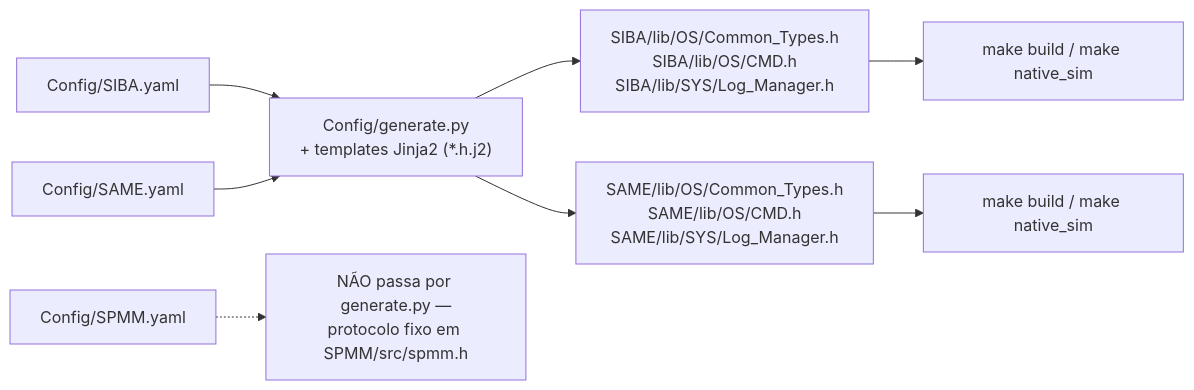
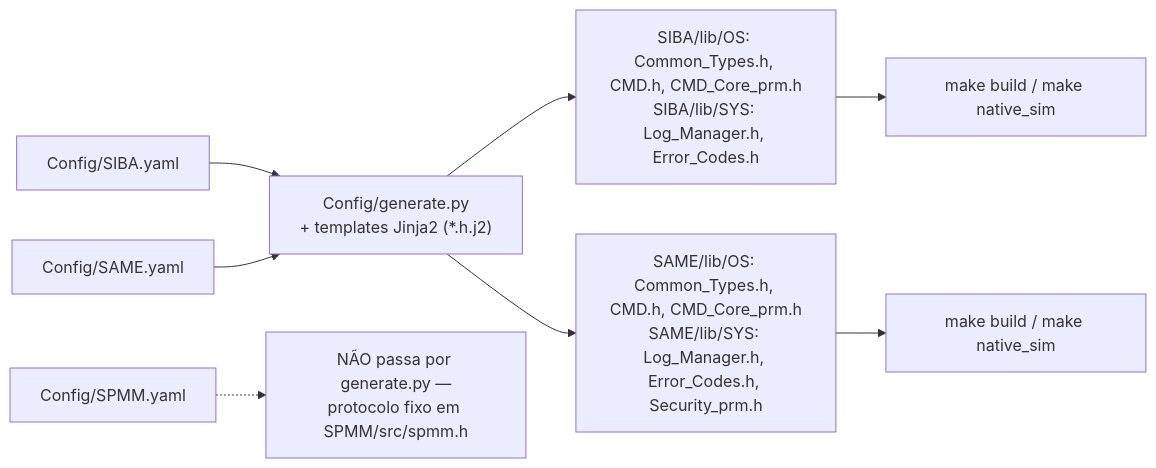
The second of 6 diagrams in Codigos/README.md (vitordallolivo/TCC), drawn with Mermaid before and after one commit. The commit also changed other lines of this file and 9 other files, not shown here.

````diff
--- a/Codigos/README.md
+++ b/Codigos/README.md
@@ -76,11 +81,11 @@
 ```mermaid
 flowchart LR
     y1["Config/SIBA.yaml"] --> gen["Config/generate.py<br/>+ templates Jinja2 (*.h.j2)"]
     y2["Config/SAME.yaml"] --> gen
-    gen --> h1["SIBA/lib/OS/Common_Types.h<br/>SIBA/lib/OS/CMD.h<br/>SIBA/lib/SYS/Log_Manager.h"]
-    gen --> h2["SAME/lib/OS/Common_Types.h<br/>SAME/lib/OS/CMD.h<br/>SAME/lib/SYS/Log_Manager.h"]
+    gen --> h1["SIBA/lib/OS: Common_Types.h, CMD.h, CMD_Core_prm.h<br/>SIBA/lib/SYS: Log_Manager.h, Error_Codes.h"]
+    gen --> h2["SAME/lib/OS: Common_Types.h, CMD.h, CMD_Core_prm.h<br/>SAME/lib/SYS: Log_Manager.h, Error_Codes.h, Security_prm.h"]
     h1 --> SIBAbuild["make build / make native_sim"]
     h2 --> SAMEbuild["make build / make native_sim"]
 
     y3["Config/SPMM.yaml"] -.-> note["NÃO passa por generate.py —<br/>protocolo fixo em SPMM/src/spmm.h"]
 ```
````
